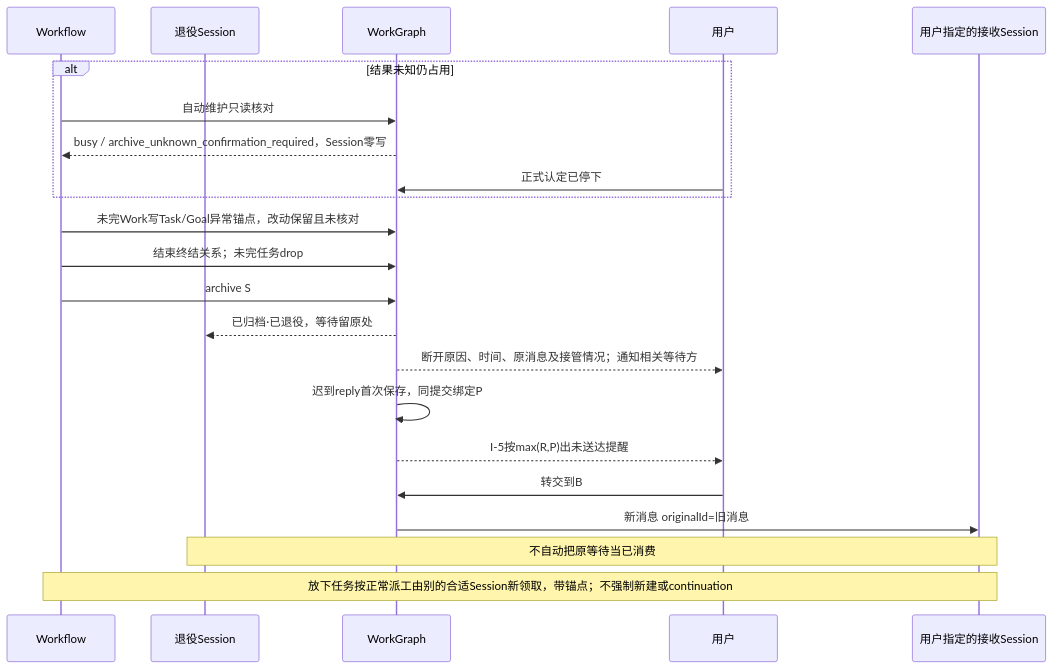
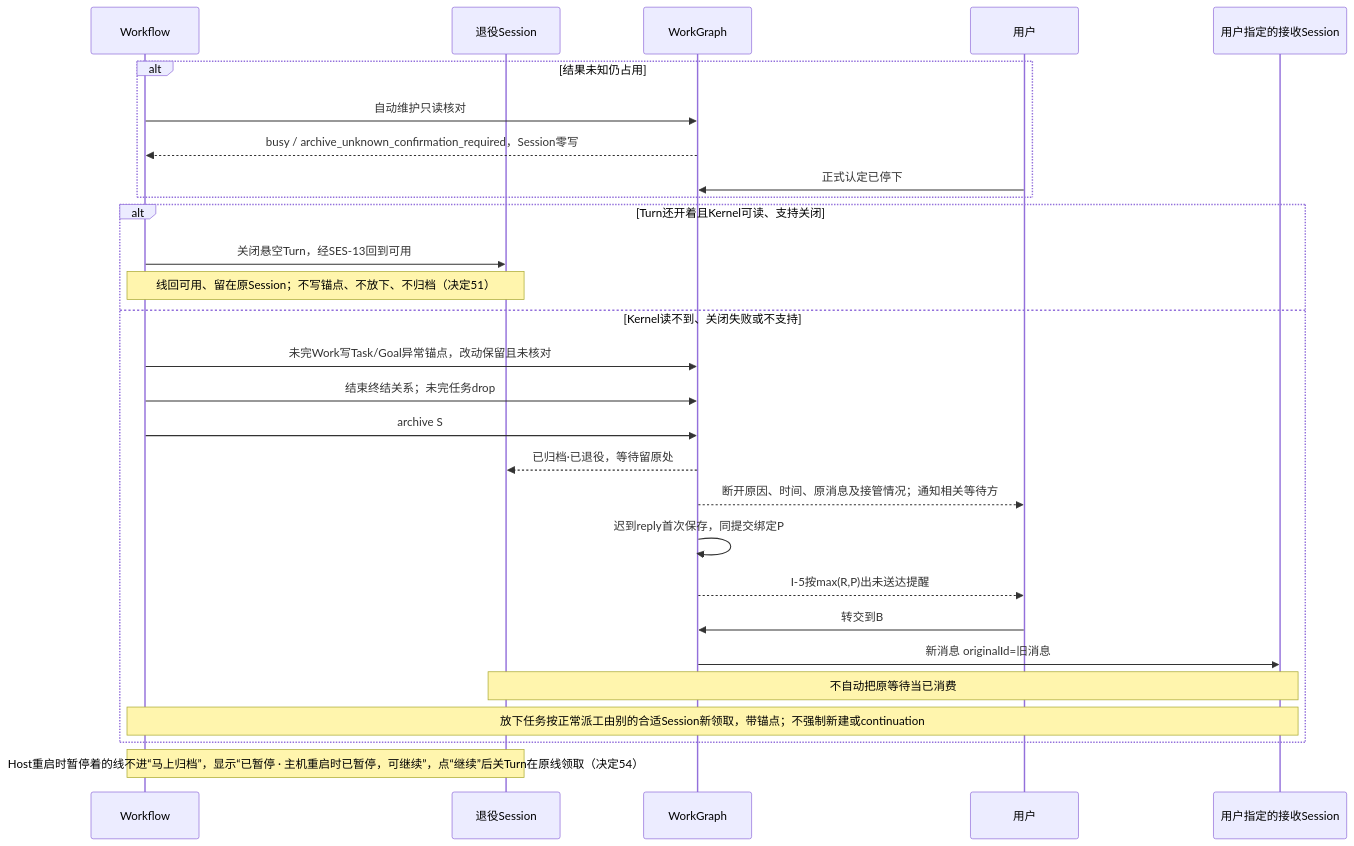
Before and after one commit to hk865/coding-platform: diagram 15 of 24 in docs/refactor/design/orchestration-2026-10/model/DIAGRAMS.md, drawn with Mermaid. The commit also changed other lines of this file and 30 other files, not shown here.

````diff
--- a/docs/refactor/design/orchestration-2026-10/model/DIAGRAMS.md
+++ b/docs/refactor/design/orchestration-2026-10/model/DIAGRAMS.md
@@ -541,24 +541,30 @@
 ```mermaid
 sequenceDiagram
   participant W as Workflow
   participant S as 退役Session
   participant G as WorkGraph
   participant U as 用户
   participant B as 用户指定的接收Session
   alt 结果未知仍占用
     W->>G: 自动维护只读核对
     G-->>W: busy / archive_unknown_confirmation_required，Session零写
     U->>G: 正式认定已停下
   end
-  W->>G: 未完Work写Task/Goal异常锚点，改动保留且未核对
-  W->>G: 结束终结关系；未完任务drop
-  W->>G: archive S
-  G-->>S: 已归档·已退役，等待留原处
-  G-->>U: 断开原因、时间、原消息及接管情况；通知相关等待方
-  G->>G: 迟到reply首次保存，同提交绑定P
-  G-->>U: I-5按max(R,P)出未送达提醒
-  U->>G: 转交到B
-  G->>B: 新消息 originalId=旧消息
-  Note over S,B: 不自动把原等待当已消费
-  Note over W,B: 放下任务按正常派工由别的合适Session新领取，带锚点；不强制新建或continuation
+  alt Turn还开着且Kernel可读、支持关闭
+    W->>S: 关闭悬空Turn，经SES-13回到可用
+    Note over W,S: 线回可用、留在原Session；不写锚点、不放下、不归档（决定51）
+  else Kernel读不到、关闭失败或不支持
+    W->>G: 未完Work写Task/Goal异常锚点，改动保留且未核对
+    W->>G: 结束终结关系；未完任务drop
+    W->>G: archive S
+    G-->>S: 已归档·已退役，等待留原处
+    G-->>U: 断开原因、时间、原消息及接管情况；通知相关等待方
+    G->>G: 迟到reply首次保存，同提交绑定P
+    G-->>U: I-5按max(R,P)出未送达提醒
+    U->>G: 转交到B
+    G->>B: 新消息 originalId=旧消息
+    Note over S,B: 不自动把原等待当已消费
+    Note over W,B: 放下任务按正常派工由别的合适Session新领取，带锚点；不强制新建或continuation
+  end
+  Note over W,S: Host重启时暂停着的线不进“马上归档”，显示“已暂停 · 主机重启时已暂停，可继续”，点“继续”后关Turn在原线领取（决定54）
 ```
````
